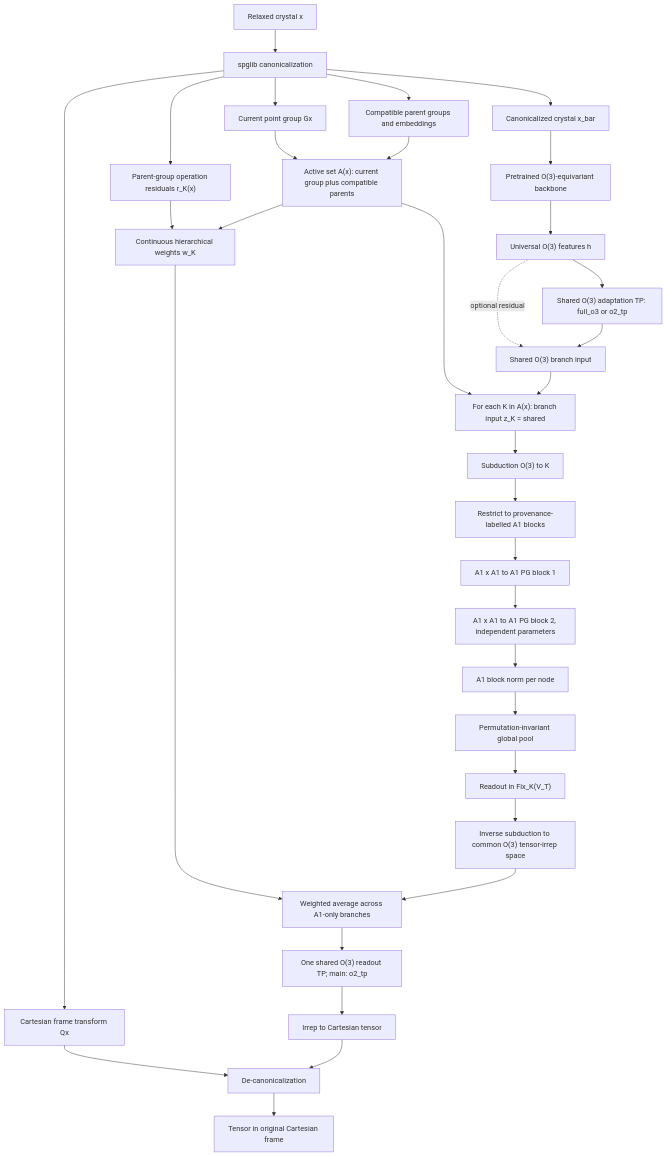
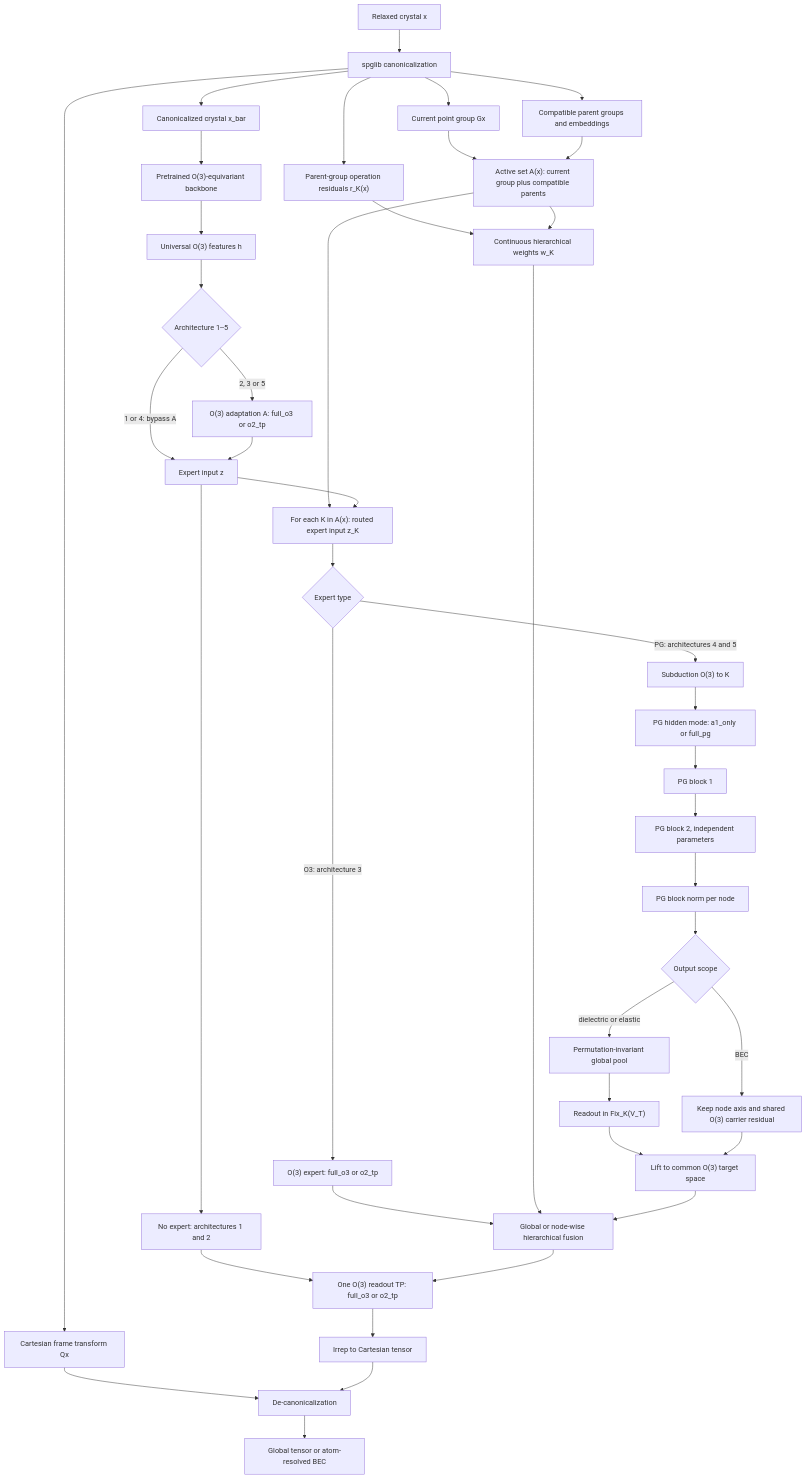
One commit to Mingzhe-Xuan/expert changed the first of 2 diagrams in proposal.md. Above: the diagram before and after it, drawn with Mermaid. The commit also changed other lines of this file and 10 other files, not shown here.

````diff
--- a/proposal.md
+++ b/proposal.md
@@ -1137,40 +1188,50 @@
 ```mermaid
 flowchart TD
     X["Relaxed crystal x"] --> C["spglib canonicalization"]
     C --> G["Current point group Gx"]
     C --> A["Compatible parent groups and embeddings"]
     C --> RES["Parent-group operation residuals r_K(x)"]
     C --> Q["Cartesian frame transform Qx"]
     C --> XC["Canonicalized crystal x_bar"]
 
     XC --> B["Pretrained O(3)-equivariant backbone"]
     B --> H["Universal O(3) features h"]
 
-    H --> SH["Shared O(3) adaptation TP: full_o3 or o2_tp"]
-    H -. optional residual .-> BASE["Shared O(3) branch input"]
+    H --> SEL{"Architecture 1--5"}
+    SEL -->|1 or 4: bypass A| BASE["Expert input z"]
+    SEL -->|2, 3 or 5| SH["O(3) adaptation A: full_o3 or o2_tp"]
     SH --> BASE
 
     G --> SET["Active set A(x): current group plus compatible parents"]
     A --> SET
-    SET --> ZK["For each K in A(x): branch input z_K = shared"]
+    BASE --> DIRECT["No expert: architectures 1 and 2"]
+    SET --> ZK["For each K in A(x): routed expert input z_K"]
     BASE --> ZK
 
-    ZK --> SUBK["Subduction O(3) to K"]
-    SUBK --> A1K["Restrict to provenance-labelled A1 blocks"]
-    A1K --> PGK1["A1 x A1 to A1 PG block 1"]
-    PGK1 --> PGK2["A1 x A1 to A1 PG block 2, independent parameters"]
-    PGK2 --> NORMK["A1 block norm per node"]
-    NORMK --> POOLK["Permutation-invariant global pool"]
+    ZK --> ETYPE{"Expert type"}
+    ETYPE -->|O3: architecture 3| O3E["O(3) expert: full_o3 or o2_tp"]
+    O3E --> MIX
+
+    ETYPE -->|PG: architectures 4 and 5| SUBK["Subduction O(3) to K"]
+    SUBK --> MODE["PG hidden mode: a1_only or full_pg"]
+    MODE --> PGK1["PG block 1"]
+    PGK1 --> PGK2["PG block 2, independent parameters"]
+    PGK2 --> NORMK["PG block norm per node"]
+    NORMK --> SCOPE{"Output scope"}
+    SCOPE -->|dielectric or elastic| POOLK["Permutation-invariant global pool"]
     POOLK --> FIXK["Readout in Fix_K(V_T)"]
-    FIXK --> LIFT["Inverse subduction to common O(3) tensor-irrep space"]
+    SCOPE -->|BEC| NODEK["Keep node axis and shared O(3) carrier residual"]
+    FIXK --> LIFT["Lift to common O(3) target space"]
+    NODEK --> LIFT
 
     RES --> W["Continuous hierarchical weights w_K"]
     SET --> W
-    W --> MIX["Weighted average across A1-only branches"]
+    W --> MIX["Global or node-wise hierarchical fusion"]
     LIFT --> MIX
-    MIX --> O3RO["One shared O(3) readout TP; main: o2_tp"]
+    DIRECT --> O3RO["One O(3) readout TP: full_o3 or o2_tp"]
+    MIX --> O3RO
     O3RO --> CART["Irrep to Cartesian tensor"]
     Q --> DEC["De-canonicalization"]
     CART --> DEC
-    DEC --> OUT["Tensor in original Cartesian frame"]
+    DEC --> OUT["Global tensor or atom-resolved BEC"]
 ```
````
